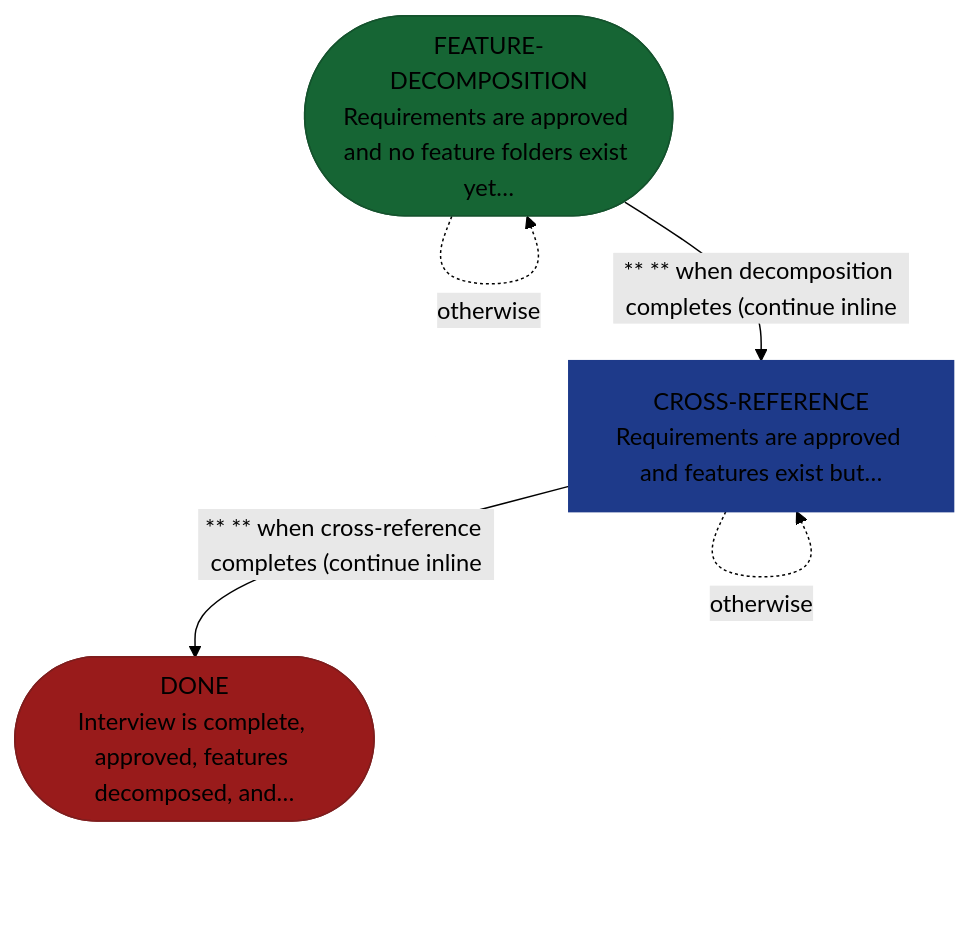
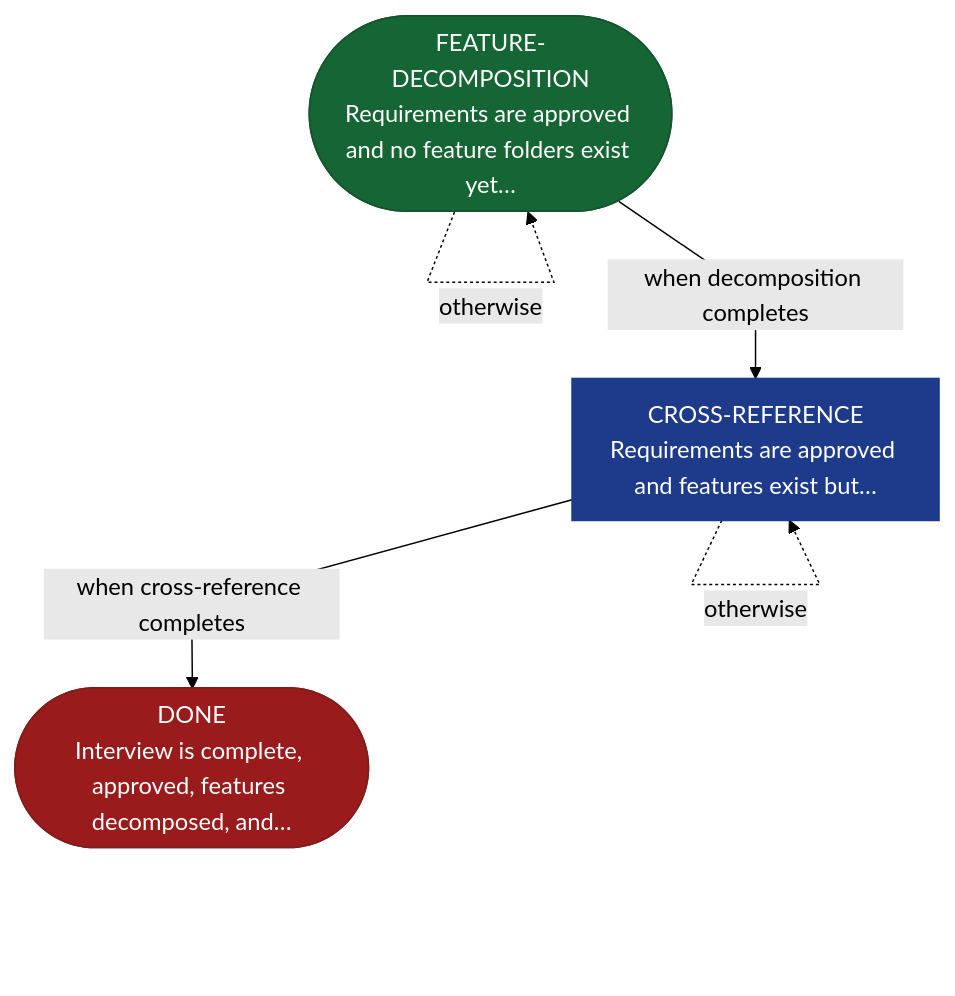
Before and after one commit to AndreVianna/aid-methodology: the diagram in site/src/content/docs/skills/aid-define.md, drawn with Mermaid (forest theme). The commit also changed 37 other files, not shown here.

````diff
--- a/site/src/content/docs/skills/aid-define.md
+++ b/site/src/content/docs/skills/aid-define.md
@@ -20,22 +20,23 @@
 ```mermaid
+%%{init: {'flowchart': {'nodeSpacing': 55, 'rankSpacing': 65, 'curve': 'linear', 'padding': 12, 'useMaxWidth': true}}}%%
 flowchart TB
-  classDef aidNode color:inherit
+  classDef aidNode color:#fff
   classDef aidEntry fill:#166534,stroke:#14532d,color:#fff
   classDef aidExit fill:#991b1b,stroke:#7f1d1d,color:#fff
   classDef aidDecision fill:#92400e,stroke:#78350f,color:#fff
   classDef aidLoopBack fill:#1e3a8a,stroke:#1e3a8a,color:#fff
   classDef aidStep fill:#1a2035,stroke:#d4a853,color:#f1f5f9
   n1(["FEATURE-DECOMPOSITION<br/>Requirements are approved and no feature folders exist yet…"])
   n2["CROSS-REFERENCE<br/>Requirements are approved and features exist but…"]
   n3(["DONE<br/>Interview is complete, approved, features decomposed, and…"])
   n1 -. "otherwise" .-> n1
-  n1 -->|"** ** when decomposition completes (continue inline"| n2
+  n1 -->|"when decomposition completes"| n2
   n2 -. "otherwise" .-> n2
-  n2 -->|"** ** when cross-reference completes (continue inline"| n3
+  n2 -->|"when cross-reference completes"| n3
   class n1 aidEntry
   class n2 aidLoopBack
   class n3 aidExit
   class n1 aidNode
   class n2 aidNode
   class n3 aidNode
 ```
````
